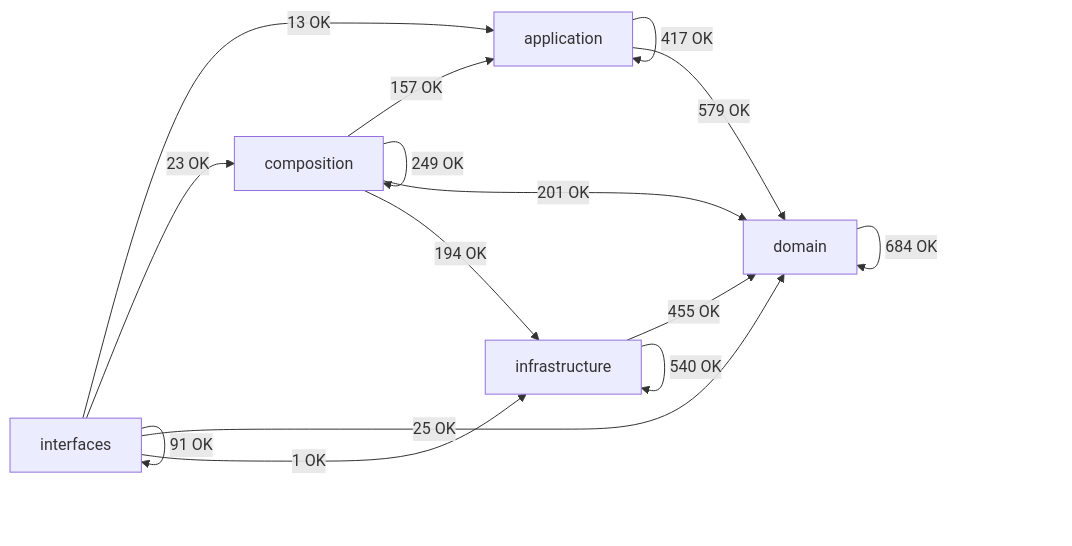
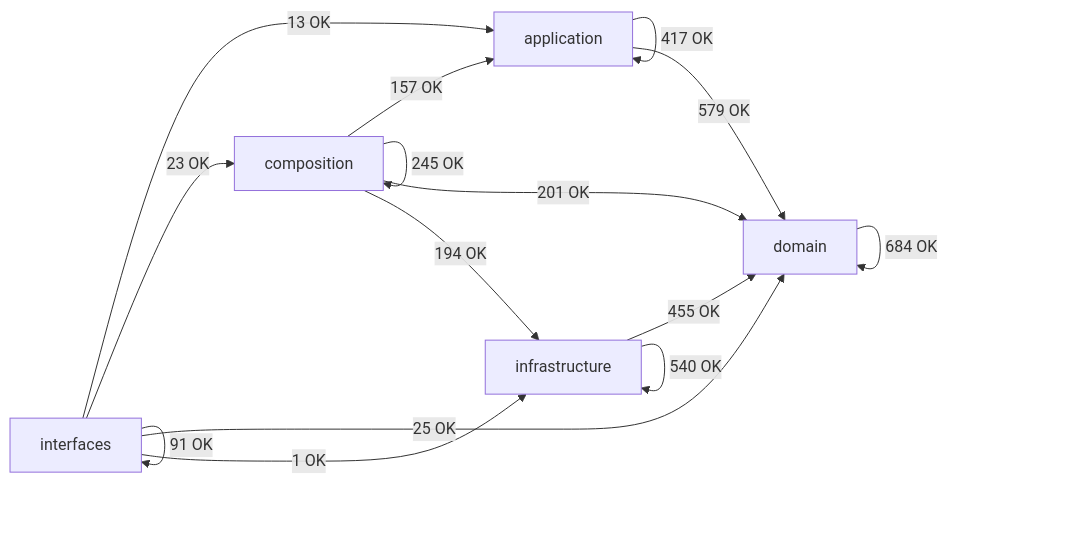
One commit to SatoryKono/BioactivityDataAcquisition changed the diagram in docs/02-architecture/generated/module-dependency-map.md. Above: the diagram before and after it, drawn with Mermaid. The commit also changed other lines of this file and 2 other files, not shown here.

First line of the commit message:
fix: resolve composition file size limit violation (351 > 350 LOC)

````diff
--- a/docs/02-architecture/generated/module-dependency-map.md
+++ b/docs/02-architecture/generated/module-dependency-map.md
@@ -16,22 +16,22 @@
 ```mermaid
 flowchart LR
     domain[domain]
     application[application]
     infrastructure[infrastructure]
     composition[composition]
     interfaces[interfaces]
     application -->|417 OK| application
     application -->|579 OK| domain
     composition -->|157 OK| application
-    composition -->|249 OK| composition
+    composition -->|245 OK| composition
     composition -->|201 OK| domain
     composition -->|194 OK| infrastructure
     domain -->|684 OK| domain
     infrastructure -->|455 OK| domain
     infrastructure -->|540 OK| infrastructure
     interfaces -->|13 OK| application
     interfaces -->|23 OK| composition
     interfaces -->|25 OK| domain
     interfaces -->|1 OK| infrastructure
     interfaces -->|91 OK| interfaces
 ```
````
